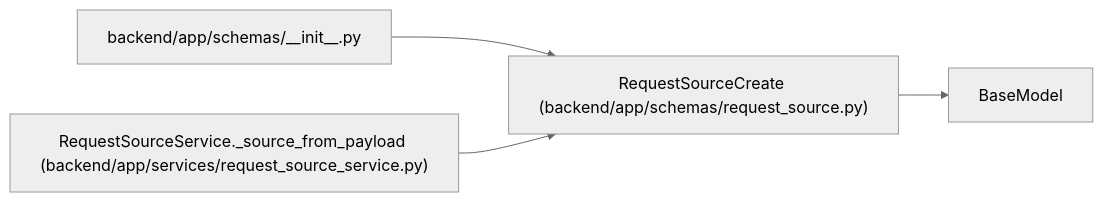
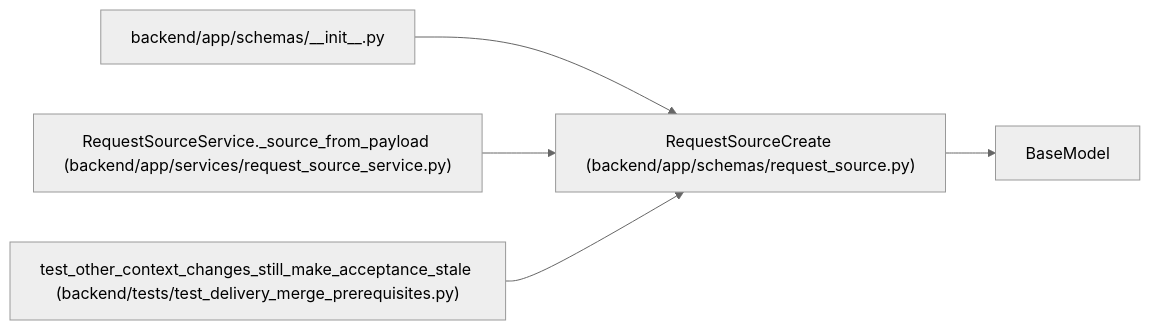
Before and after one commit to Denissvgn/WorkChord: the diagram in docs/llm_wiki/entities/schemas_request_source_RequestSourceCreate.md, drawn with Mermaid (neutral theme). The commit also changed other lines of this file and 1420 other files, not shown here.

First line of the commit message:
Refresh the architectural wiki for the 1.10.0 changes

````diff
--- a/docs/llm_wiki/entities/schemas_request_source_RequestSourceCreate.md
+++ b/docs/llm_wiki/entities/schemas_request_source_RequestSourceCreate.md
@@ -45,13 +45,16 @@
 ```mermaid
 flowchart LR
     n0["RequestSourceCreate (backend/app/schemas/request_source.py)"]
     n1["BaseModel"]
     n2["backend/app/schemas/__init__.py"]
     n3["RequestSourceService._source_from_payload (backend/app/services/request_source_service.py)"]
+    n4["test_other_context_changes_still_make_acceptance_stale (backend/tests/test_delivery_merge_prerequisites.py)"]
     n0 --> n1
     n2 --> n0
     n3 --> n0
+    n4 --> n0
     click n0 "../modules/schemas_request_source.md"
     click n2 "../modules/schemas___init__.md"
     click n3 "../modules/request_source_service.md"
+    click n4 "../modules/test_delivery_merge_prerequisites.md"
 ```
````
